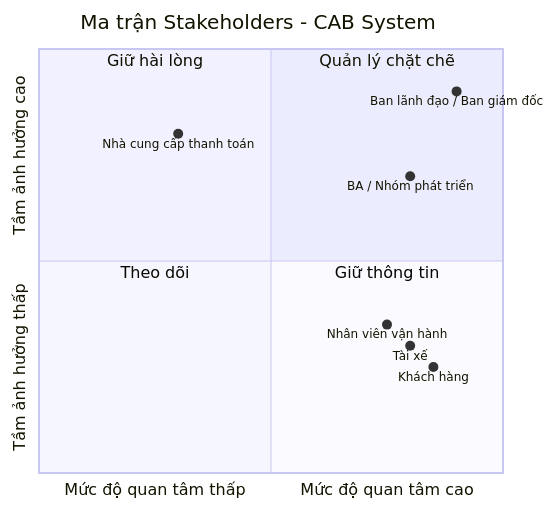
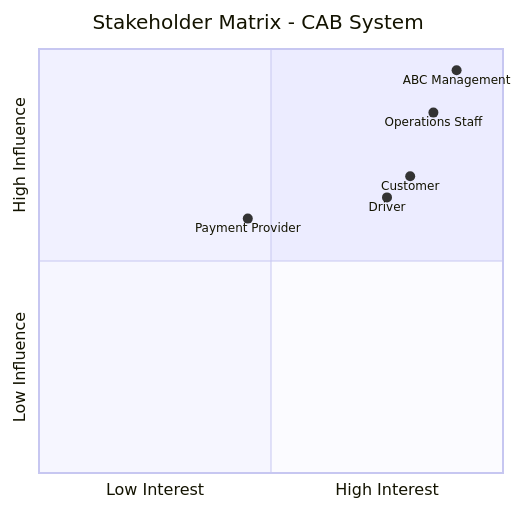
The first of 3 diagrams in srs.md (MyOanh25/23722681_NguyenThiMyOanh_CAPSYSTEMS), drawn with Mermaid before and after one commit. The commit also changed other lines of this file, not shown here.

````diff
--- a/srs.md
+++ b/srs.md
@@ -43,19 +75,13 @@
 ```mermaid
 quadrantChart
-    title Ma trận Stakeholders - CAB System
-    x-axis Mức độ quan tâm thấp --> Mức độ quan tâm cao
-    y-axis Tầm ảnh hưởng thấp --> Tầm ảnh hưởng cao
-    quadrant-1 Quản lý chặt chẽ
-    quadrant-2 Giữ hài lòng
-    quadrant-3 Theo dõi
-    quadrant-4 Giữ thông tin
-    
-    %% Tọa độ (x, y) tương ứng với (Mức độ quan tâm, Tầm ảnh hưởng)
-    "Ban lãnh đạo / Ban giám đốc": [0.9, 0.9]
-    "BA / Nhóm phát triển": [0.8, 0.7]
-    "Nhà cung cấp thanh toán": [0.3, 0.8]
-    "Khách hàng": [0.85, 0.25]
-    "Tài xế": [0.8, 0.3]
-    "Nhân viên vận hành": [0.75, 0.35]
+    title Stakeholder Matrix - CAB System
 
+    x-axis "Low Interest" --> "High Interest"
+    y-axis "Low Influence" --> "High Influence"
+
+    "ABC Management": [0.90,0.95]
+    "Operations Staff": [0.85,0.85]
+    "Customer": [0.80,0.70]
+    "Driver": [0.75,0.65]
+    "Payment Provider": [0.45,0.60]
 ```
````
